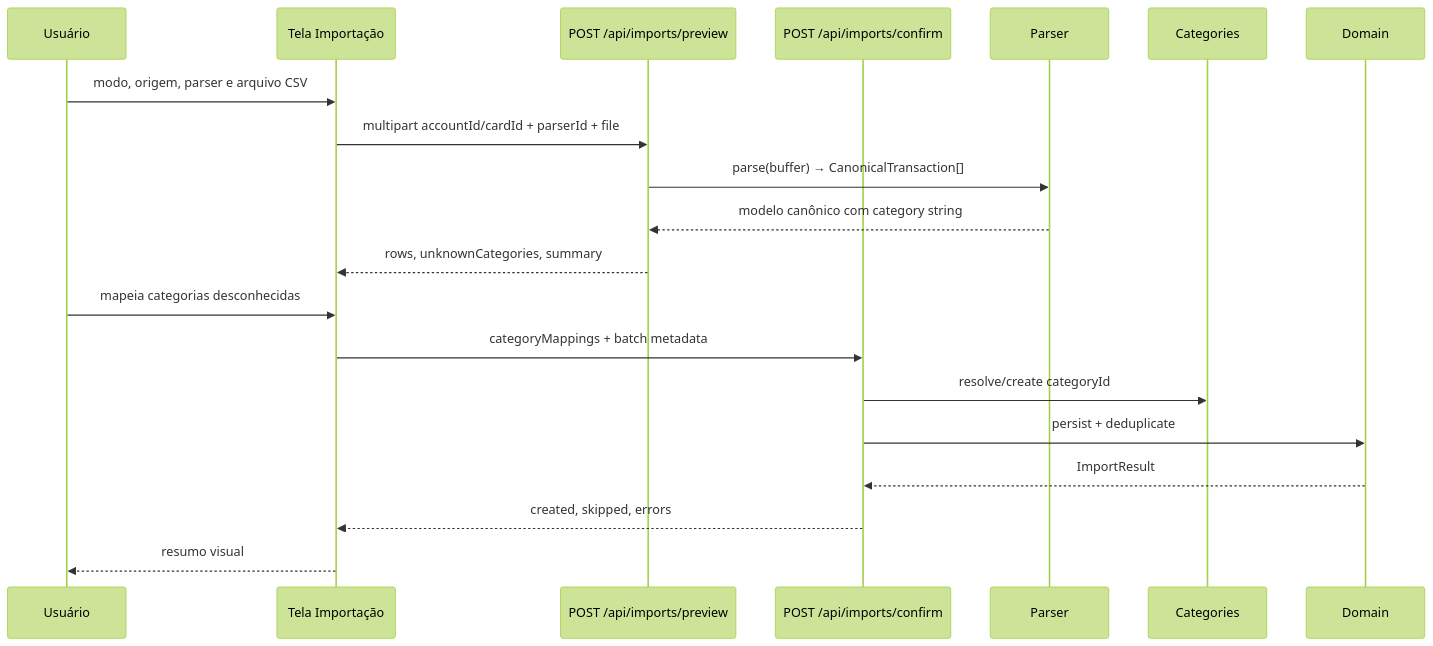
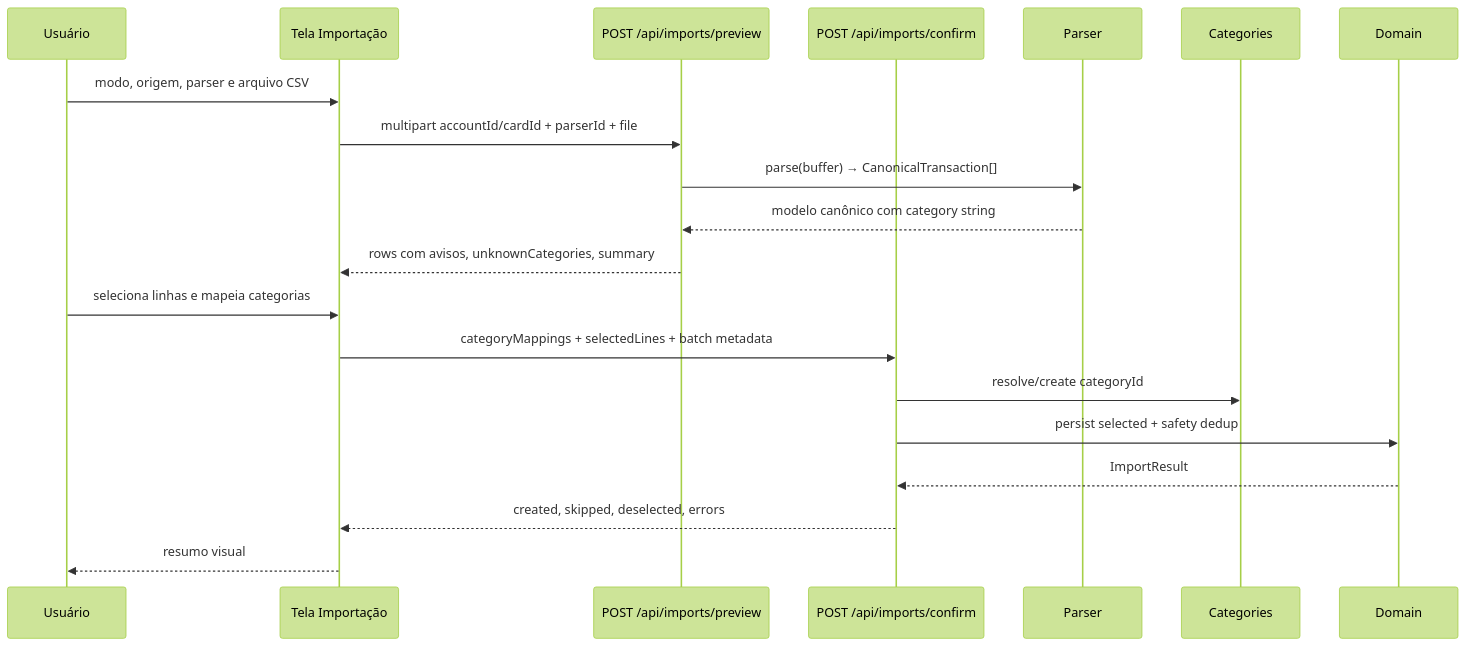
The fifth of 5 diagrams in docs/ARCHITECTURE.md (omarcovelho/mao-de-vaca), drawn with Mermaid (forest theme) before and after one commit. The commit also changed other lines of this file and 10 other files, not shown here.

First line of the commit message:
Let users review duplicate warnings and pick which import rows to keep.

````diff
--- a/docs/ARCHITECTURE.md
+++ b/docs/ARCHITECTURE.md
@@ -322,23 +323,23 @@
 ```mermaid
 sequenceDiagram
   participant User as Usuário
   participant ImportUI as Tela Importação
   participant Preview as POST /api/imports/preview
   participant Confirm as POST /api/imports/confirm
   participant Parser
   participant Categories
   participant Domain
 
   User->>ImportUI: modo, origem, parser e arquivo CSV
   ImportUI->>Preview: multipart accountId/cardId + parserId + file
   Preview->>Parser: parse(buffer) → CanonicalTransaction[]
   Parser-->>Preview: modelo canônico com category string
-  Preview-->>ImportUI: rows, unknownCategories, summary
-  User->>ImportUI: mapeia categorias desconhecidas
-  ImportUI->>Confirm: categoryMappings + batch metadata
+  Preview-->>ImportUI: rows com avisos, unknownCategories, summary
+  User->>ImportUI: seleciona linhas e mapeia categorias
+  ImportUI->>Confirm: categoryMappings + selectedLines + batch metadata
   Confirm->>Categories: resolve/create categoryId
-  Confirm->>Domain: persist + deduplicate
+  Confirm->>Domain: persist selected + safety dedup
   Domain-->>Confirm: ImportResult
-  Confirm-->>ImportUI: created, skipped, errors
+  Confirm-->>ImportUI: created, skipped, deselected, errors
   ImportUI-->>User: resumo visual
 ```
````
